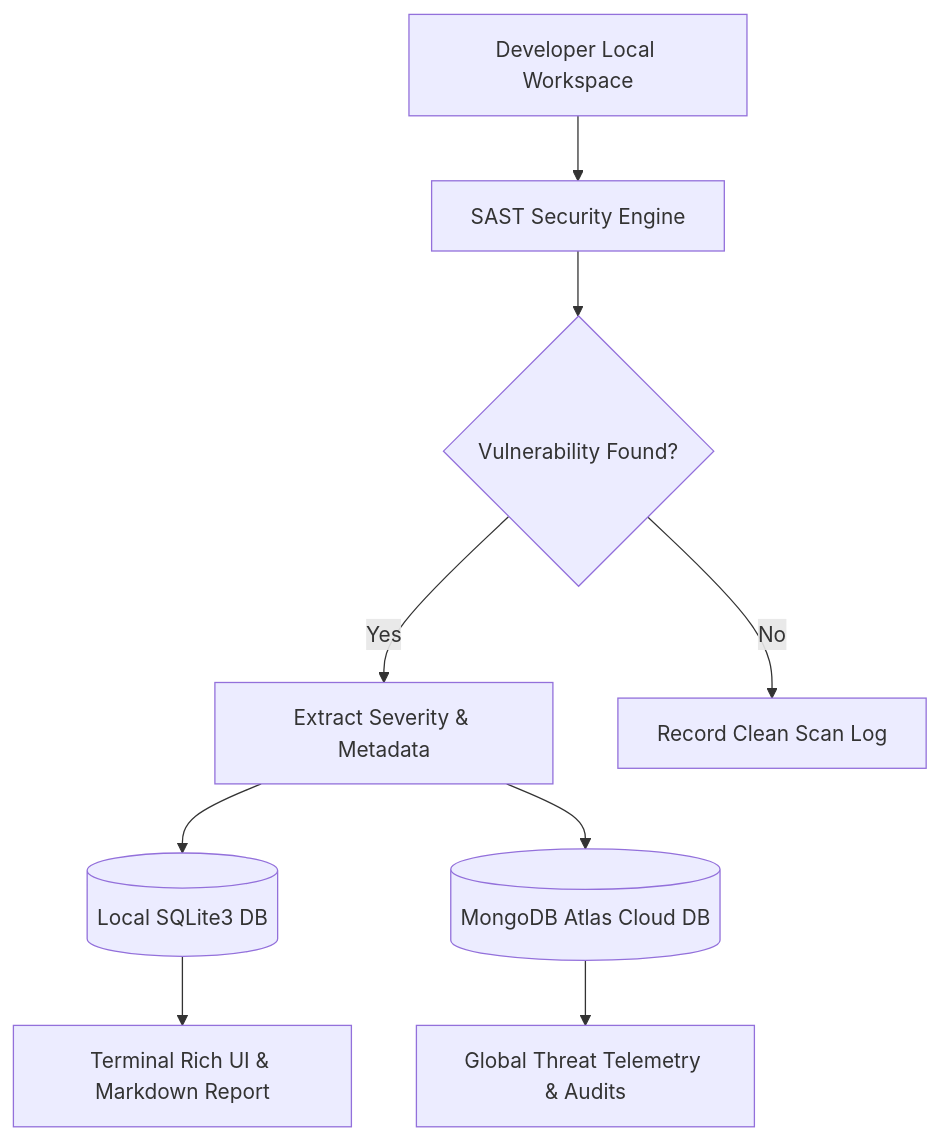
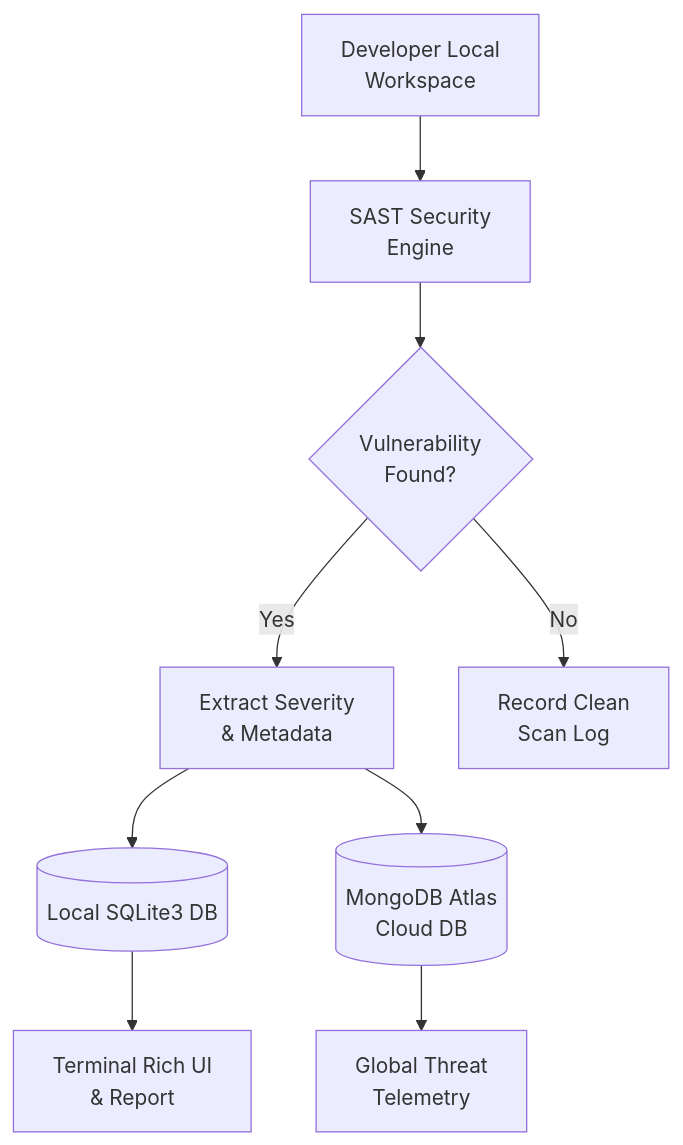
One commit to rajeshgurindapalli15-crypto/sast-security-analyzer changed the diagram in README.md. Above: the diagram before and after it, drawn with Mermaid.

````diff
--- a/README.md
+++ b/README.md
@@ -15,11 +15,14 @@
 ```mermaid
 graph TD
-    A["Developer Local Workspace"] --> B["SAST Security Engine"]
-    B --> C{"Vulnerability Found?"}
-    C -->|Yes| D["Extract Severity & Metadata"]
-    C -->|No| E["Record Clean Scan Log"]
+    A["Developer Local<br>Workspace"] --> B["SAST Security<br>Engine"]
+    B --> C{"Vulnerability<br>Found?"}
+    
+    C -->|Yes| D["Extract Severity<br>& Metadata"]
+    C -->|No| E["Record Clean<br>Scan Log"]
+    
     D --> F[("Local SQLite3 DB")]
-    D --> G[("MongoDB Atlas Cloud DB")]
-    F --> H["Terminal Rich UI & Markdown Report"]
-    G --> I["Global Threat Telemetry & Audits"]
+    D --> G[("MongoDB Atlas<br>Cloud DB")]
+    
+    F --> H["Terminal Rich UI<br>& Report"]
+    G --> I["Global Threat<br>Telemetry"]
 ```
````
